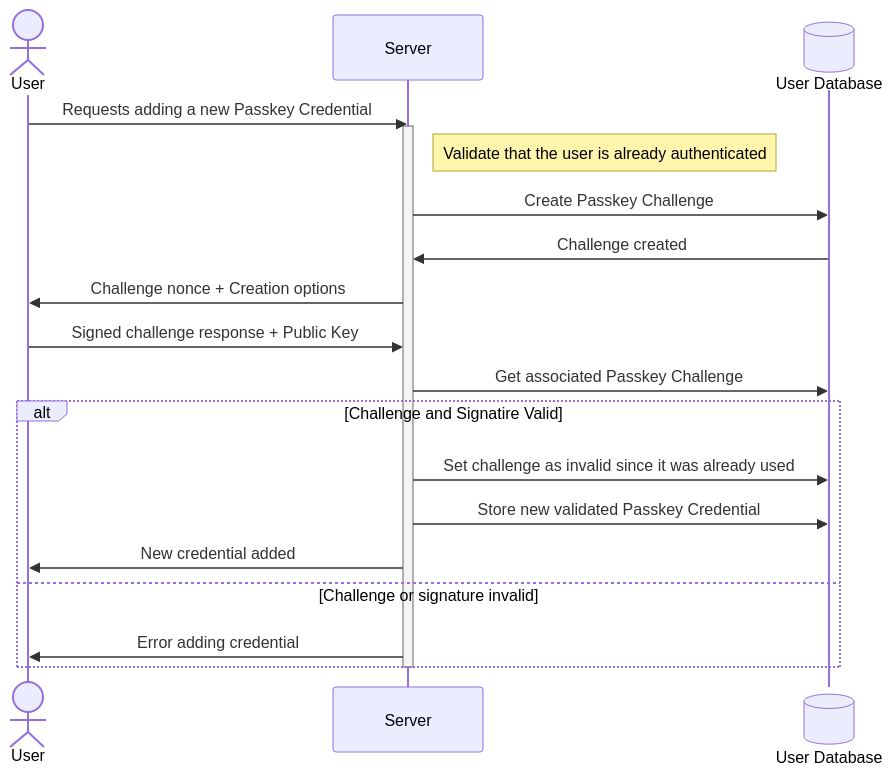
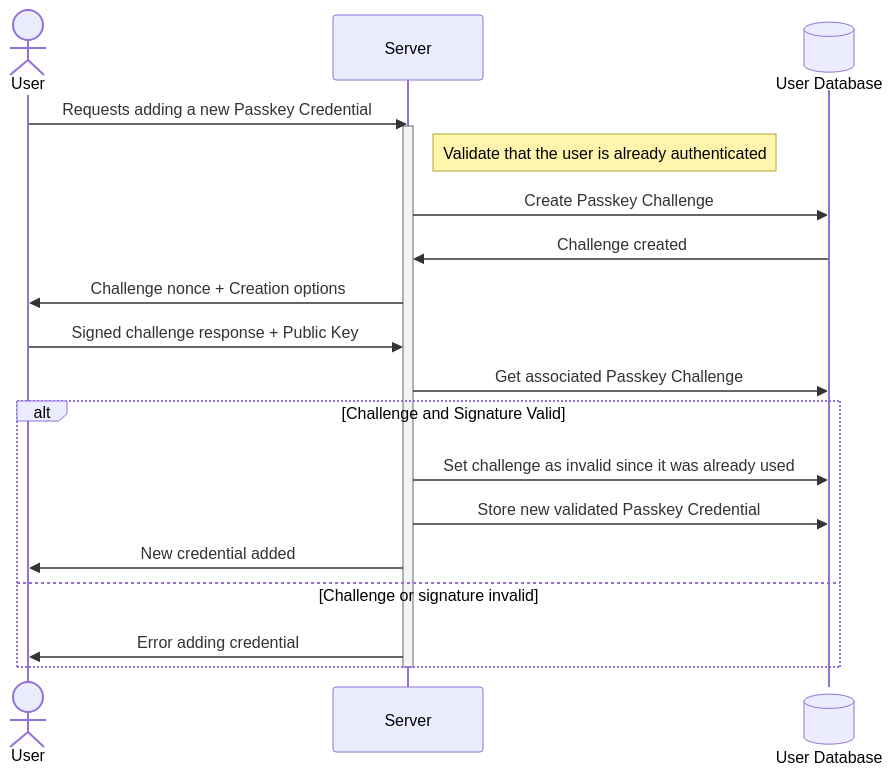
One commit to tantalum/tantalum.github.io changed the eighth of 8 diagrams in _drafts/an-architecture-for-passworless-authentication.markdown. Above: the diagram before and after it, drawn with Mermaid. The commit also changed other lines of this file, not shown here.

Commit message:
More spelling corrections for Architecture for Passwordless Login

```diff
--- a/_drafts/an-architecture-for-passworless-authentication.markdown
+++ b/_drafts/an-architecture-for-passworless-authentication.markdown
@@ -258,22 +258,22 @@
 <pre class="mermaid">
 sequenceDiagram
     actor User
     participant Server
     participant DB@{ "type": "database", "alias": "User Database"}
     User->>Server: Requests adding a new Passkey Credential
     activate Server
     Note right of Server: Validate that the user is already authenticated
     Server->>DB: Create Passkey Challenge
     DB->>Server: Challenge created
     Server->>User: Challenge nonce + Creation options
     User->>Server: Signed challenge response + Public Key
     Server->>DB: Get associated Passkey Challenge
-    alt Challenge and Signatire Valid
+    alt Challenge and Signature Valid
         Server->>DB: Set challenge as invalid since it was already used
         Server->>DB: Store new validated Passkey Credential
     	Server->>User: New credential added
     else Challenge or signature invalid
     	Server->>User: Error adding credential
     end
     deactivate Server
 </pre>
```
